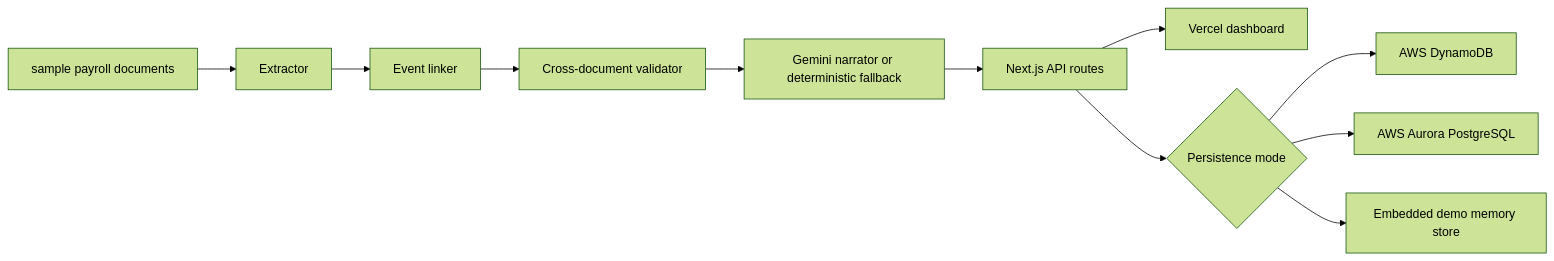
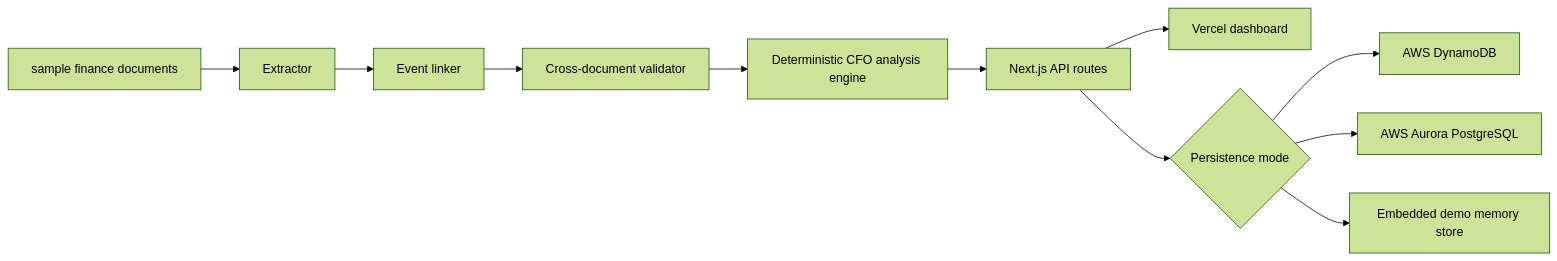
Before and after one commit to upgradedev/h0-archon: the diagram in docs/ARCHITECTURE_AND_EVIDENCE.md, drawn with Mermaid (forest theme). The commit also changed other lines of this file and 20 other files, not shown here.

````diff
--- a/docs/ARCHITECTURE_AND_EVIDENCE.md
+++ b/docs/ARCHITECTURE_AND_EVIDENCE.md
@@ -13,13 +14,13 @@
 ```mermaid
 flowchart LR
-  DemoData["sample payroll documents"] --> Extractor["Extractor"]
+  DemoData["sample finance documents"] --> Extractor["Extractor"]
   Extractor --> Linker["Event linker"]
   Linker --> Validator["Cross-document validator"]
-  Validator --> Narrator["Gemini narrator or deterministic fallback"]
-  Narrator --> Api["Next.js API routes"]
+  Validator --> Analysis["Deterministic CFO analysis engine"]
+  Analysis --> Api["Next.js API routes"]
   Api --> Ui["Vercel dashboard"]
   Api --> Store{"Persistence mode"}
   Store --> Dynamo["AWS DynamoDB"]
   Store --> Aurora["AWS Aurora PostgreSQL"]
   Store --> Memory["Embedded demo memory store"]
 ```
````
